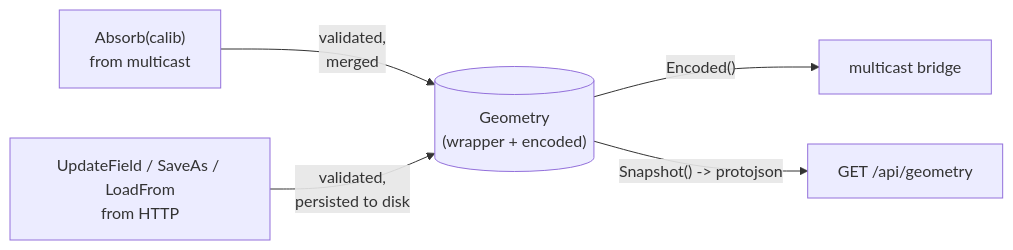
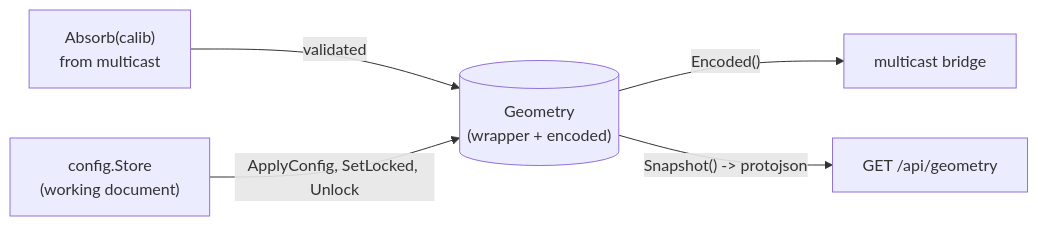
Before and after one commit to RoboCup-SSL/ssl-vision-processor: the third of 4 diagrams in gui/ARCHITECTURE.md, drawn with Mermaid. The commit also changed other lines of this file and 54 other files, not shown here.

Commit message:
unify config, overhaul save/load, confirm dialogue

````diff
--- a/gui/ARCHITECTURE.md
+++ b/gui/ARCHITECTURE.md
@@ -89,7 +96,7 @@
 ```mermaid
 graph LR
-    Absorb["Absorb(calib)\nfrom multicast"] -->|"validated,\nmerged"| State[("Geometry\n(wrapper + encoded)")]
-    UpdateField["UpdateField / SaveAs / LoadFrom\nfrom HTTP"] -->|"validated,\npersisted to disk"| State
+    Absorb["Absorb(calib)\nfrom multicast"] -->|"validated"| State[("Geometry\n(wrapper + encoded)")]
+    Store["config.Store\n(working document)"] -->|"ApplyConfig, SetLocked, Unlock"| State
     State -->|"Encoded()"| Multicast["multicast bridge"]
     State -->|"Snapshot() -> protojson"| API["GET /api/geometry"]
 ```
````
